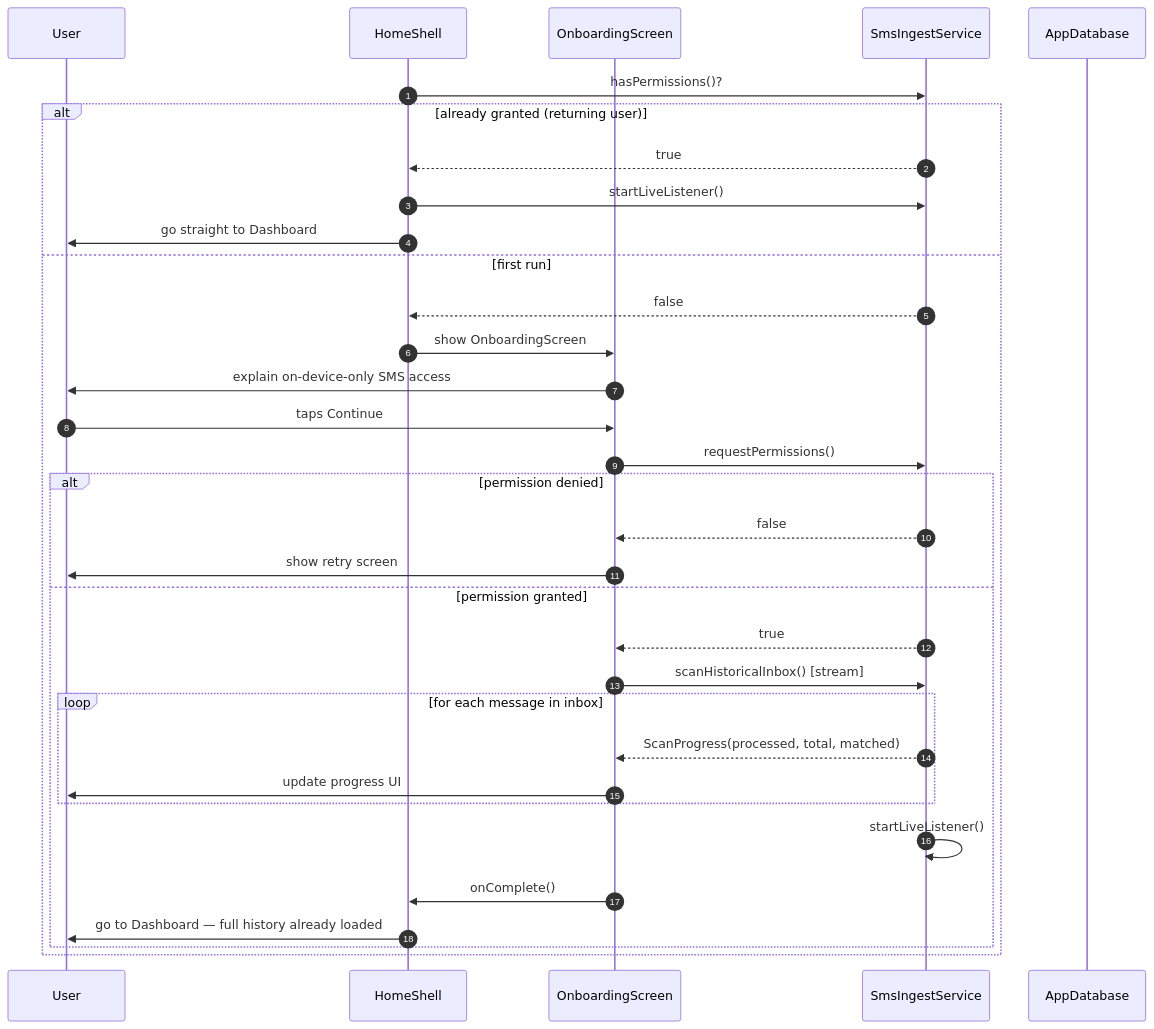
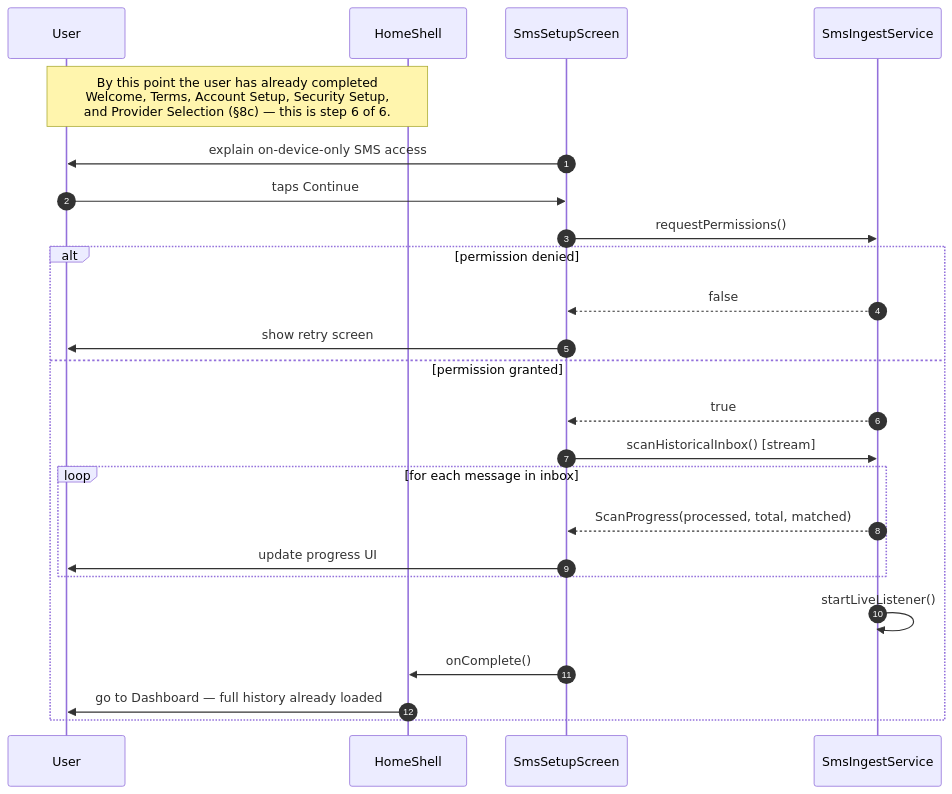
One commit to Illustre13/menyaKash changed the fourth of 14 diagrams in docs/ARCHITECTURE.md. Above: the diagram before and after it, drawn with Mermaid. The commit also changed other lines of this file and 4 other files, not shown here.

````diff
--- a/docs/ARCHITECTURE.md
+++ b/docs/ARCHITECTURE.md
@@ -203,36 +208,27 @@
 ```mermaid
 sequenceDiagram
     autonumber
     participant U as User
     participant Home as HomeShell
-    participant OB as OnboardingScreen
+    participant SMS as SmsSetupScreen
     participant Ingest as SmsIngestService
-    participant DB as AppDatabase
 
-    Home->>Ingest: hasPermissions()?
-    alt already granted (returning user)
-        Ingest-->>Home: true
-        Home->>Ingest: startLiveListener()
-        Home->>U: go straight to Dashboard
-    else first run
-        Ingest-->>Home: false
-        Home->>OB: show OnboardingScreen
-        OB->>U: explain on-device-only SMS access
-        U->>OB: taps Continue
-        OB->>Ingest: requestPermissions()
-        alt permission denied
-            Ingest-->>OB: false
-            OB->>U: show retry screen
-        else permission granted
-            Ingest-->>OB: true
-            OB->>Ingest: scanHistoricalInbox() [stream]
-            loop for each message in inbox
-                Ingest-->>OB: ScanProgress(processed, total, matched)
-                OB->>U: update progress UI
-            end
-            Ingest->>Ingest: startLiveListener()
-            OB->>Home: onComplete()
-            Home->>U: go to Dashboard — full history already loaded
+    Note over U,Home: By this point the user has already completed<br/>Welcome, Terms, Account Setup, Security Setup,<br/>and Provider Selection (§8c) — this is step 6 of 6.
+    SMS->>U: explain on-device-only SMS access
+    U->>SMS: taps Continue
+    SMS->>Ingest: requestPermissions()
+    alt permission denied
+        Ingest-->>SMS: false
+        SMS->>U: show retry screen
+    else permission granted
+        Ingest-->>SMS: true
+        SMS->>Ingest: scanHistoricalInbox() [stream]
+        loop for each message in inbox
+            Ingest-->>SMS: ScanProgress(processed, total, matched)
+            SMS->>U: update progress UI
         end
+        Ingest->>Ingest: startLiveListener()
+        SMS->>Home: onComplete()
+        Home->>U: go to Dashboard — full history already loaded
     end
 ```
````
